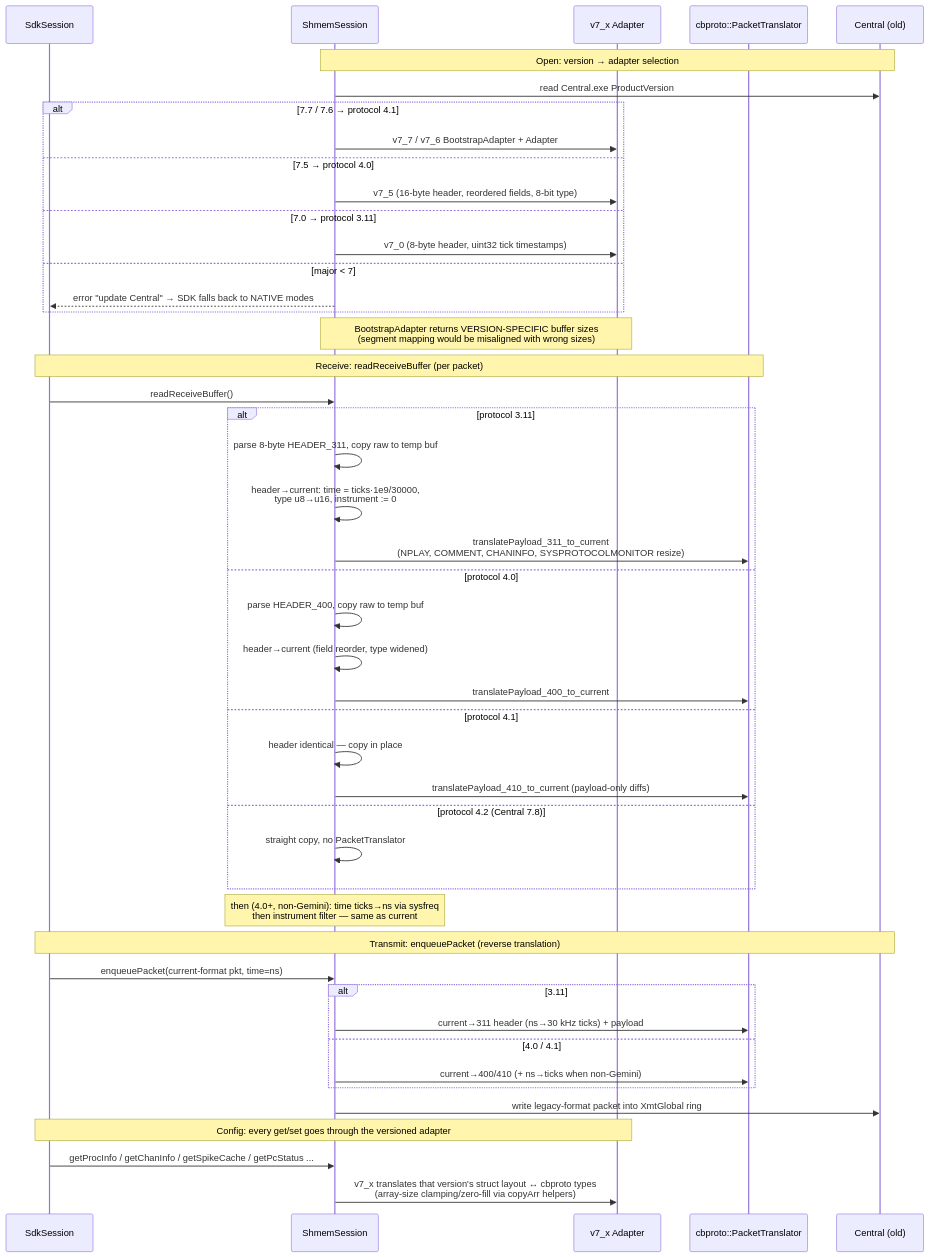
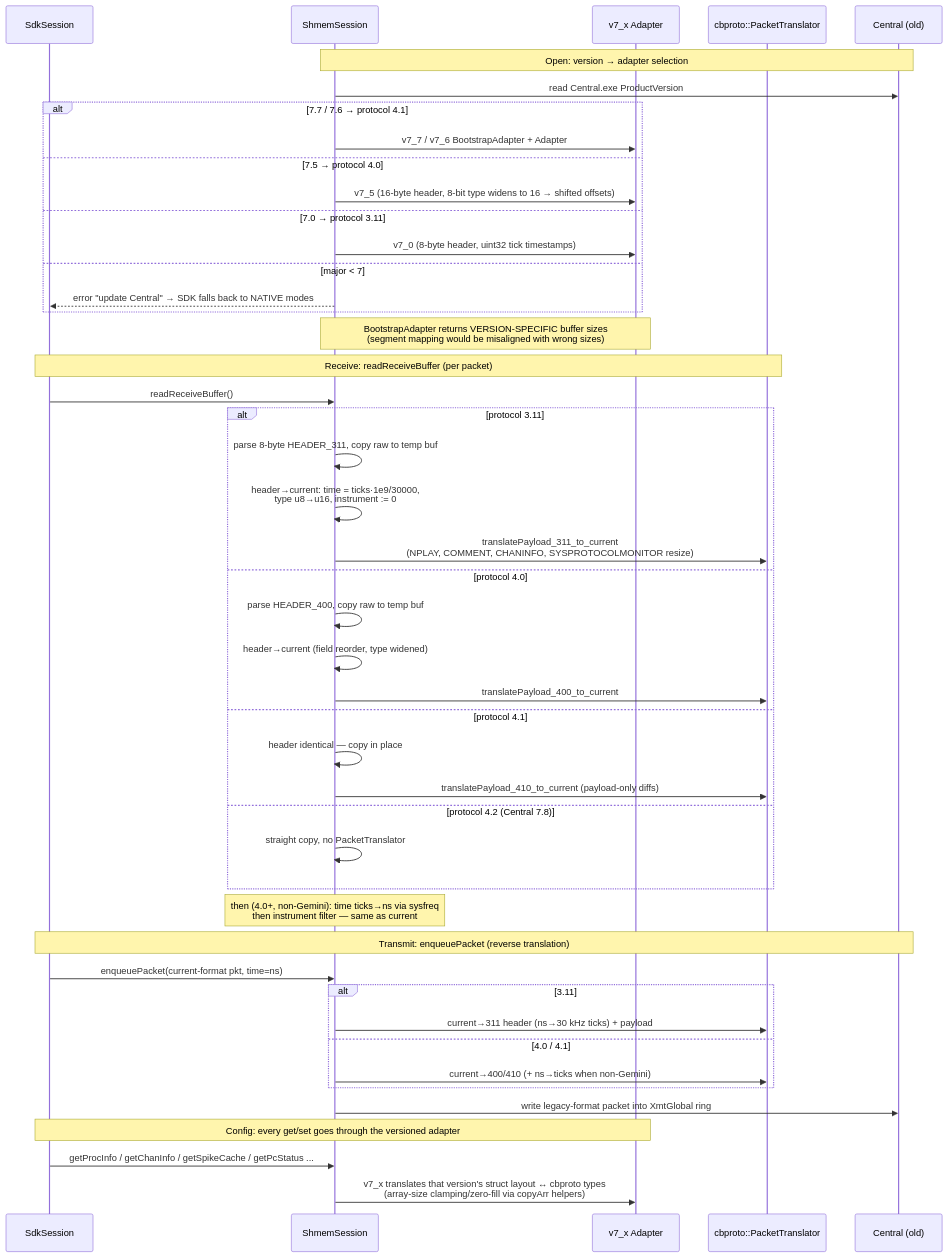
Before and after one commit to CerebusOSS/CereLink: the fifth of 5 diagrams in docs/client_mode_sequence_diagrams.md, drawn with Mermaid. The commit also changed other lines of this file and 4 other files, not shown here.

Commit message:
Update sequence diagram docs and clean other docs

````diff
--- a/docs/client_mode_sequence_diagrams.md
+++ b/docs/client_mode_sequence_diagrams.md
@@ -213,52 +214,52 @@
 ```mermaid
 sequenceDiagram
     participant SDK as SdkSession
     participant SHM as ShmemSession
     participant ADP as v7_x Adapter
     participant PT as cbproto::PacketTranslator
     participant CTL as Central (old)
 
     Note over SHM,CTL: Open: version → adapter selection
     SHM->>CTL: read Central.exe ProductVersion
     alt 7.7 / 7.6 → protocol 4.1
         SHM->>ADP: v7_7 / v7_6 BootstrapAdapter + Adapter
     else 7.5 → protocol 4.0
-        SHM->>ADP: v7_5 (16-byte header, reordered fields, 8-bit type)
+        SHM->>ADP: v7_5 (16-byte header, 8-bit type widens to 16 → shifted offsets)
     else 7.0 → protocol 3.11
         SHM->>ADP: v7_0 (8-byte header, uint32 tick timestamps)
     else major < 7
         SHM-->>SDK: error "update Central" → SDK falls back to NATIVE modes
     end
     Note over SHM,ADP: BootstrapAdapter returns VERSION-SPECIFIC buffer sizes<br/>(segment mapping would be misaligned with wrong sizes)
 
     Note over SDK,PT: Receive: readReceiveBuffer (per packet)
     SDK->>SHM: readReceiveBuffer()
     alt protocol 3.11
         SHM->>SHM: parse 8-byte HEADER_311, copy raw to temp buf
         SHM->>SHM: header→current: time = ticks·1e9/30000,<br/>type u8→u16, instrument := 0
         SHM->>PT: translatePayload_311_to_current<br/>(NPLAY, COMMENT, CHANINFO, SYSPROTOCOLMONITOR resize)
     else protocol 4.0
         SHM->>SHM: parse HEADER_400, copy raw to temp buf
         SHM->>SHM: header→current (field reorder, type widened)
         SHM->>PT: translatePayload_400_to_current
     else protocol 4.1
         SHM->>SHM: header identical — copy in place
         SHM->>PT: translatePayload_410_to_current (payload-only diffs)
     else protocol 4.2 (Central 7.8)
         SHM->>SHM: straight copy, no PacketTranslator
     end
     Note over SHM: then (4.0+, non-Gemini): time ticks→ns via sysfreq<br/>then instrument filter — same as current
 
     Note over SDK,CTL: Transmit: enqueuePacket (reverse translation)
     SDK->>SHM: enqueuePacket(current-format pkt, time=ns)
     alt 3.11
         SHM->>PT: current→311 header (ns→30 kHz ticks) + payload
     else 4.0 / 4.1
         SHM->>PT: current→400/410 (+ ns→ticks when non-Gemini)
     end
     SHM->>CTL: write legacy-format packet into XmtGlobal ring
 
     Note over SDK,ADP: Config: every get/set goes through the versioned adapter
     SDK->>SHM: getProcInfo / getChanInfo / getSpikeCache / getPcStatus ...
     SHM->>ADP: v7_x translates that version's struct layout ↔ cbproto types<br/>(array-size clamping/zero-fill via copyArr helpers)
 ```
````
